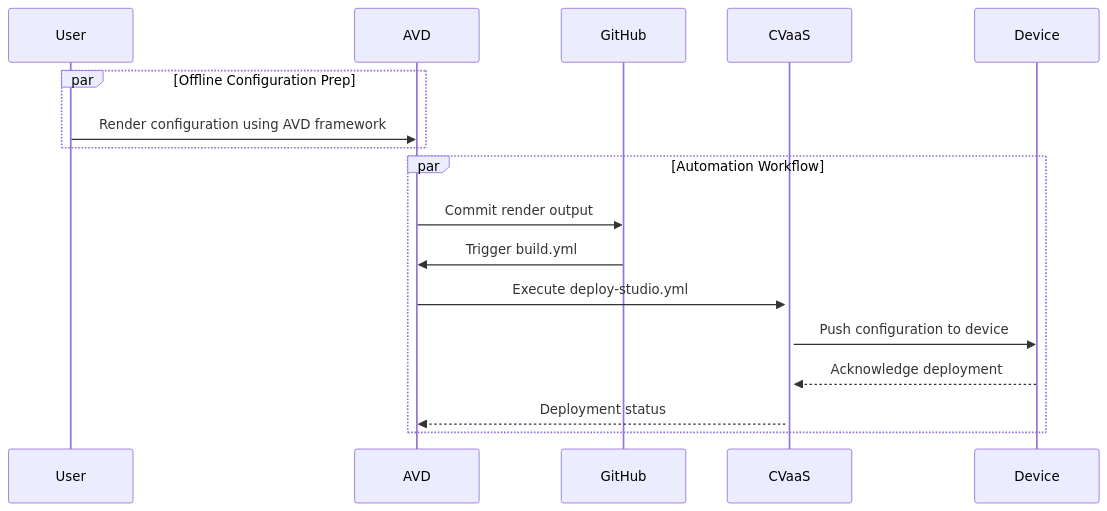
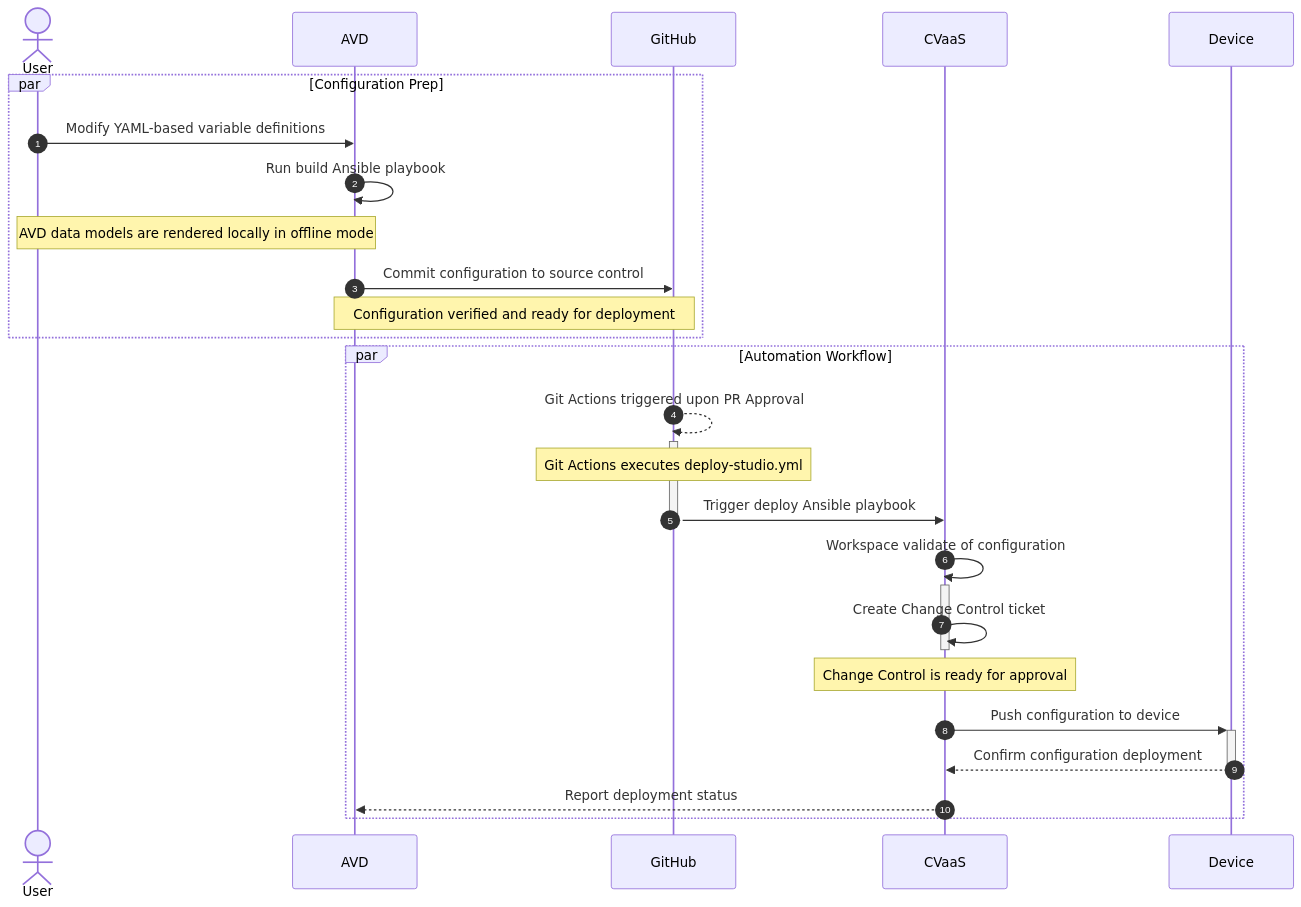
The diagram in docs/workflow.md (arista-ce-southwest/avd-campus-networking-event-demo), drawn with Mermaid before and after one commit.

Commit message:
updated sequence diagram

````diff
--- a/docs/workflow.md
+++ b/docs/workflow.md
@@ -9,20 +9,28 @@
 ```mermaid
 sequenceDiagram
-  participant User
+  autonumber
+  actor User
   participant AVD
   participant GH as GitHub
   participant CVaaS
   participant Device
   
-  par Offline Configuration Prep
-    User->>AVD: Render configuration using AVD framework
+  par Configuration Prep
+    User->>AVD: Modify YAML-based variable definitions
+    AVD->>AVD: Run build Ansible playbook
+    Note over User,AVD: AVD data models are rendered locally in offline mode
+    AVD->>GH: Commit configuration to source control
+    Note over AVD,GH: Configuration verified and ready for deployment
   end
   par Automation Workflow
-    AVD->>GH: Commit render output
-    GH->>AVD: Trigger build.yml
-    AVD->>+CVaaS: Execute deploy-studio.yml
-    CVaaS->>Device: Push configuration to device
-    Device-->>CVaaS: Acknowledge deployment
-    CVaaS-->>AVD: Deployment status
+    GH-->>+GH: Git Actions triggered upon PR Approval
+    Note over GH: Git Actions executes deploy-studio.yml 
+    GH->>-CVaaS: Trigger deploy Ansible playbook
+    CVaaS->>+CVaaS: Workspace validate of configuration
+    CVaaS->>-CVaaS: Create Change Control ticket
+    Note over CVaaS: Change Control is ready for approval
+    CVaaS->>+Device: Push configuration to device
+    Device-->>-CVaaS: Confirm configuration deployment
+    CVaaS-->>AVD: Report deployment status
   end
 ```
````
